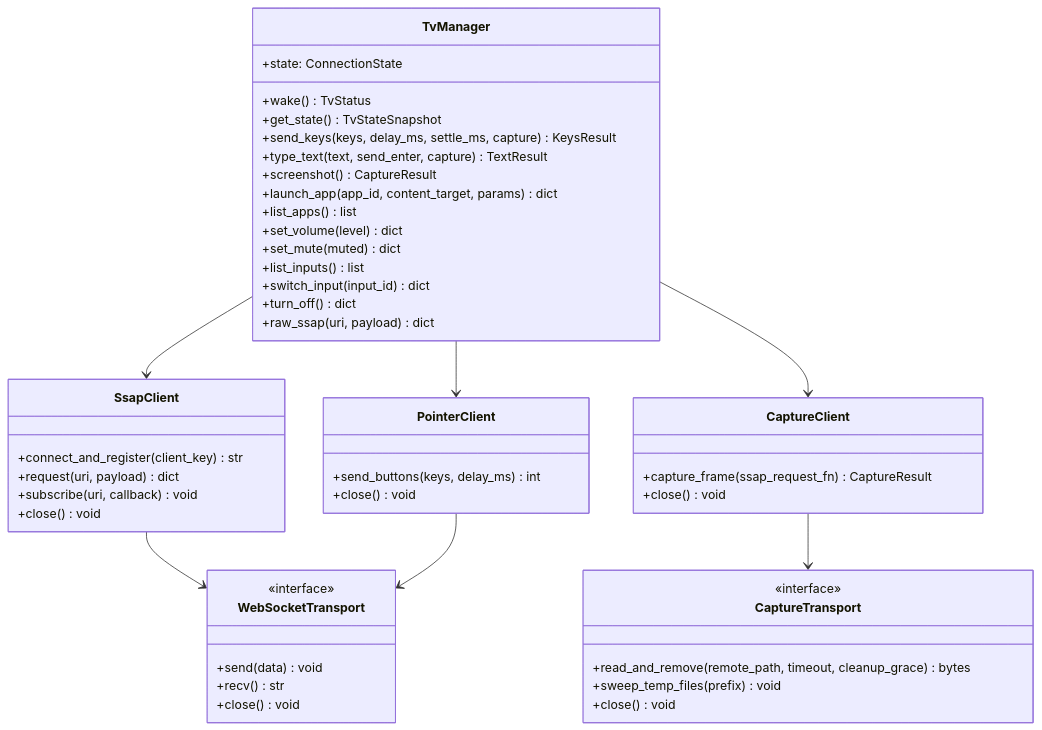
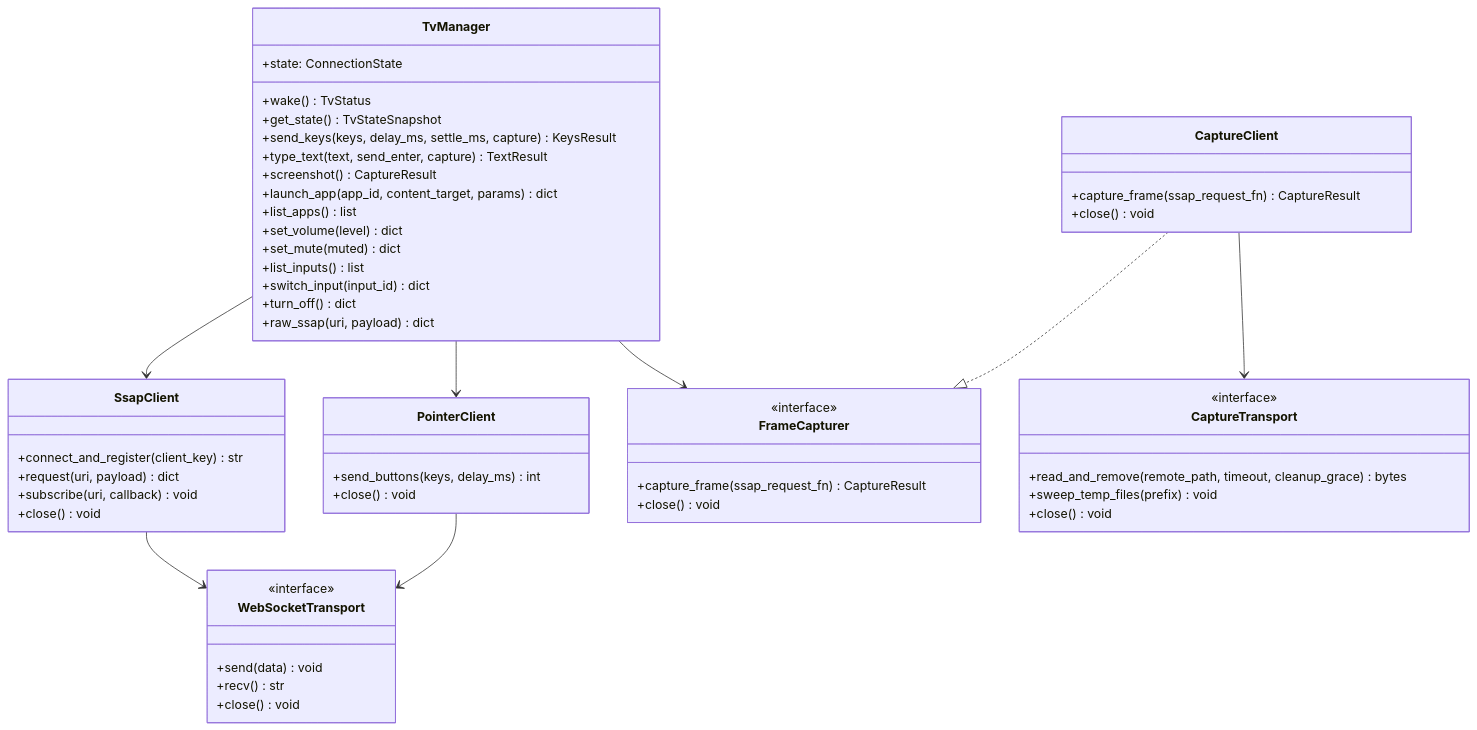
Before and after one commit to kiskaadee/lg-smtv-mcp: the first of 2 diagrams in docs/designs/lg-smtv-mcp.md, drawn with Mermaid. The commit also changed other lines of this file and 8 other files, not shown here.

First line of the commit message:
docs: reconcile M1 architecture, roadmap, ADRs, and design spec

````diff
--- a/docs/designs/lg-smtv-mcp.md
+++ b/docs/designs/lg-smtv-mcp.md
@@ -90,51 +90,57 @@
 ```mermaid
 classDiagram
     class TvManager {
         +state: ConnectionState
         +wake() TvStatus
         +get_state() TvStateSnapshot
         +send_keys(keys, delay_ms, settle_ms, capture) KeysResult
         +type_text(text, send_enter, capture) TextResult
         +screenshot() CaptureResult
         +launch_app(app_id, content_target, params) dict
         +list_apps() list
         +set_volume(level) dict
         +set_mute(muted) dict
         +list_inputs() list
         +switch_input(input_id) dict
         +turn_off() dict
         +raw_ssap(uri, payload) dict
     }
     class SsapClient {
         +connect_and_register(client_key) str
         +request(uri, payload) dict
         +subscribe(uri, callback) void
         +close() void
     }
     class PointerClient {
         +send_buttons(keys, delay_ms) int
         +close() void
     }
+    class FrameCapturer {
+        <<interface>>
+        +capture_frame(ssap_request_fn) CaptureResult
+        +close() void
+    }
     class CaptureClient {
         +capture_frame(ssap_request_fn) CaptureResult
         +close() void
     }
     class WebSocketTransport {
         <<interface>>
         +send(data) void
         +recv() str
         +close() void
     }
     class CaptureTransport {
         <<interface>>
         +read_and_remove(remote_path, timeout, cleanup_grace) bytes
         +sweep_temp_files(prefix) void
         +close() void
     }
     TvManager --> SsapClient
     TvManager --> PointerClient
-    TvManager --> CaptureClient
+    TvManager --> FrameCapturer
+    CaptureClient ..|> FrameCapturer
     SsapClient --> WebSocketTransport
     PointerClient --> WebSocketTransport
     CaptureClient --> CaptureTransport
 ```
````
